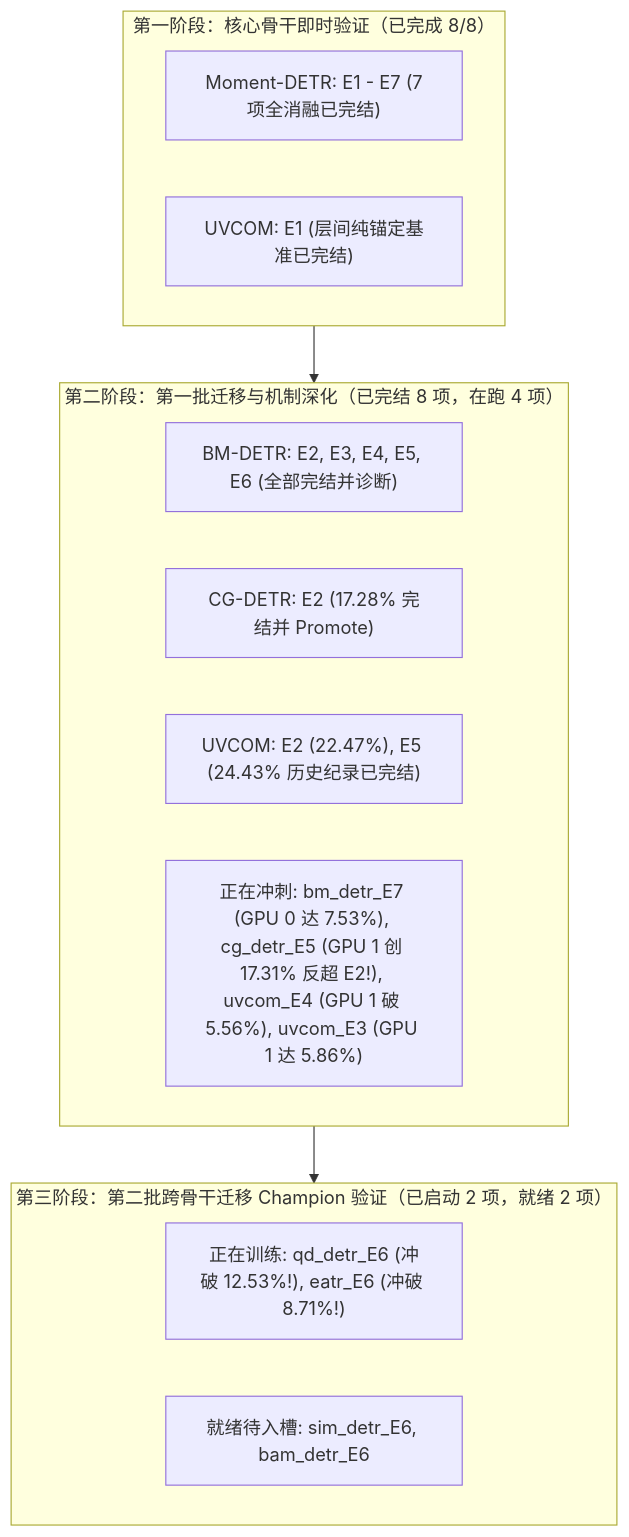
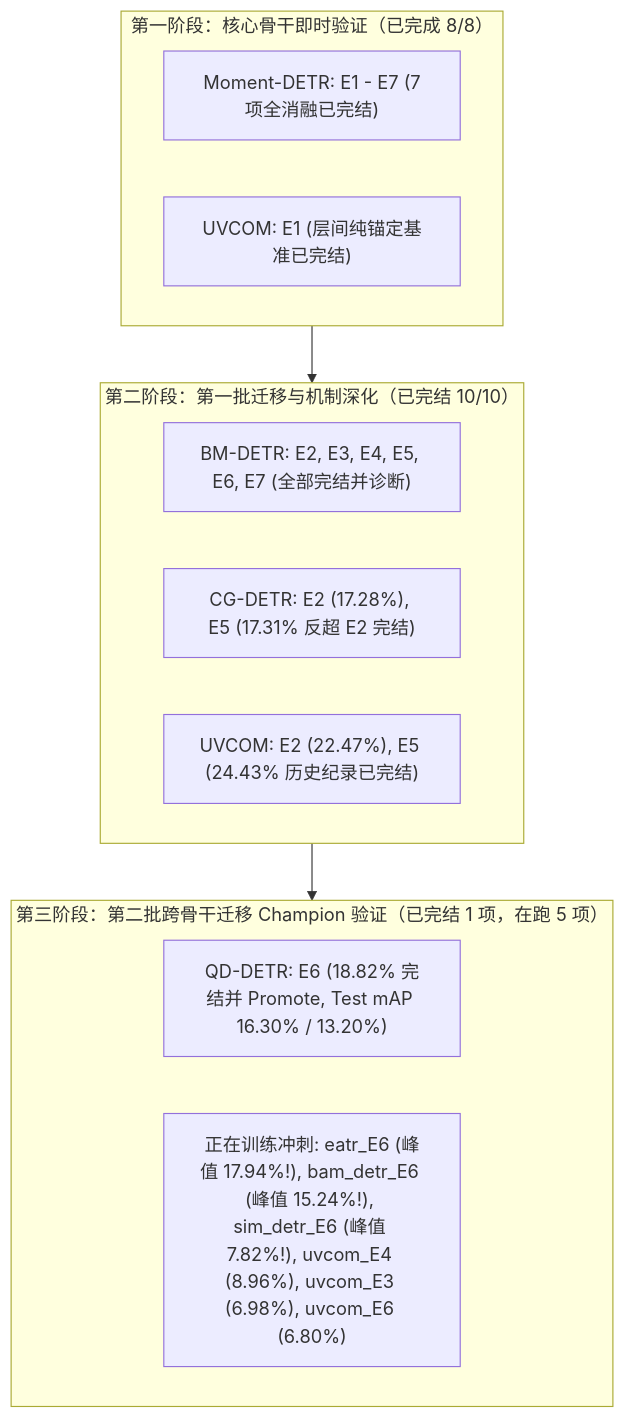
Before and after one commit to chinagalaxy2002/Improving-Target-Presence-for-Generalized-Moment-Retrieval: the diagram in LAB_ROOT/SI_Bind_已完成与正在进行实验执行报告_20261107.md, drawn with Mermaid. The commit also changed other lines of this file and 7 other files, not shown here.

Commit message:
feat(si_bind): update finalized QD-DETR test evaluations, refresh 5-way ablation figure, and update execution report

````diff
--- a/LAB_ROOT/SI_Bind_已完成与正在进行实验执行报告_20261107.md
+++ b/LAB_ROOT/SI_Bind_已完成与正在进行实验执行报告_20261107.md
@@ -21,18 +24,17 @@
 ```mermaid
 flowchart TD
     subgraph S1["第一阶段：核心骨干即时验证（已完成 8/8）"]
         MD["Moment-DETR: E1 - E7 (7项全消融已完结)"]
         UV["UVCOM: E1 (层间纯锚定基准已完结)"]
     end
-    subgraph S2["第二阶段：第一批迁移与机制深化（已完结 8 项，在跑 4 项）"]
-        BM_DONE["BM-DETR: E2, E3, E4, E5, E6 (全部完结并诊断)"]
-        CG_DONE["CG-DETR: E2 (17.28% 完结并 Promote)"]
+    subgraph S2["第二阶段：第一批迁移与机制深化（已完结 10/10）"]
+        BM_DONE["BM-DETR: E2, E3, E4, E5, E6, E7 (全部完结并诊断)"]
+        CG_DONE["CG-DETR: E2 (17.28%), E5 (17.31% 反超 E2 完结)"]
         UV_DONE["UVCOM: E2 (22.47%), E5 (24.43% 历史纪录已完结)"]
-        ACTIVE_S2["正在冲刺: bm_detr_E7 (GPU 0 达 7.53%), cg_detr_E5 (GPU 1 创 17.31% 反超 E2!), uvcom_E4 (GPU 1 破 5.56%), uvcom_E3 (GPU 1 达 5.86%)"]
     end
-    subgraph S3["第三阶段：第二批跨骨干迁移 Champion 验证（已启动 2 项，就绪 2 项）"]
-        ACTIVE_S3["正在训练: qd_detr_E6 (冲破 12.53%!), eatr_E6 (冲破 8.71%!)"]
-        READY_S3["就绪待入槽: sim_detr_E6, bam_detr_E6"]
+    subgraph S3["第三阶段：第二批跨骨干迁移 Champion 验证（已完结 1 项，在跑 5 项）"]
+        QD_DONE["QD-DETR: E6 (18.82% 完结并 Promote, Test mAP 16.30% / 13.20%)"]
+        ACTIVE_S3["正在训练冲刺: eatr_E6 (峰值 17.94%!), bam_detr_E6 (峰值 15.24%!), sim_detr_E6 (峰值 7.82%!), uvcom_E4 (8.96%), uvcom_E3 (6.98%), uvcom_E6 (6.80%)"]
     end
     S1 --> S2 --> S3
 ```
````
